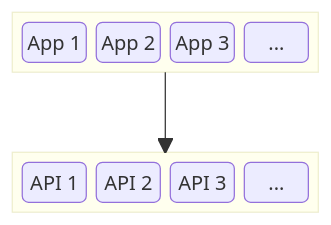
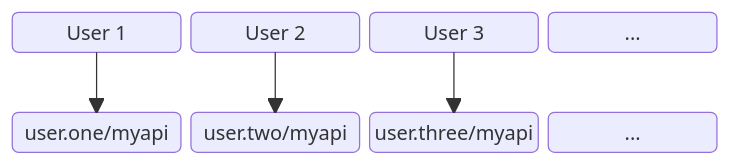
The second of 2 diagrams in docs/start/concepts/whatis.md (MagicIdentity/Developers), drawn with Mermaid before and after one commit. The commit also changed other lines of this file and 2 other files, not shown here.

````diff
--- a/docs/start/concepts/whatis.md
+++ b/docs/start/concepts/whatis.md
@@ -33,18 +41,16 @@
 ```mermaid
 block-beta
-    columns 1
-    block:wb
-        wb1("App 1")
-        wb2("App 2")
-        wb3("App 3")
-        wb4("...")
-    end
-    space
-    block:wa
-        wa1("API 1")
-        wa2("API 2")
-        wa3("API 3")
-        wa4("...")
-    end
-    wb --> wa
+    columns 4
+    u1("User 1")
+    u2("User 2")
+    u3("User 3")
+    u4("...")
+    space:4
+    b1("user.one/myapi")
+    b2("user.two/myapi")
+    b3("user.three/myapi")
+    b4("...")
+    u1-->b1
+    u2-->b2
+    u3-->b3
 ```
````
